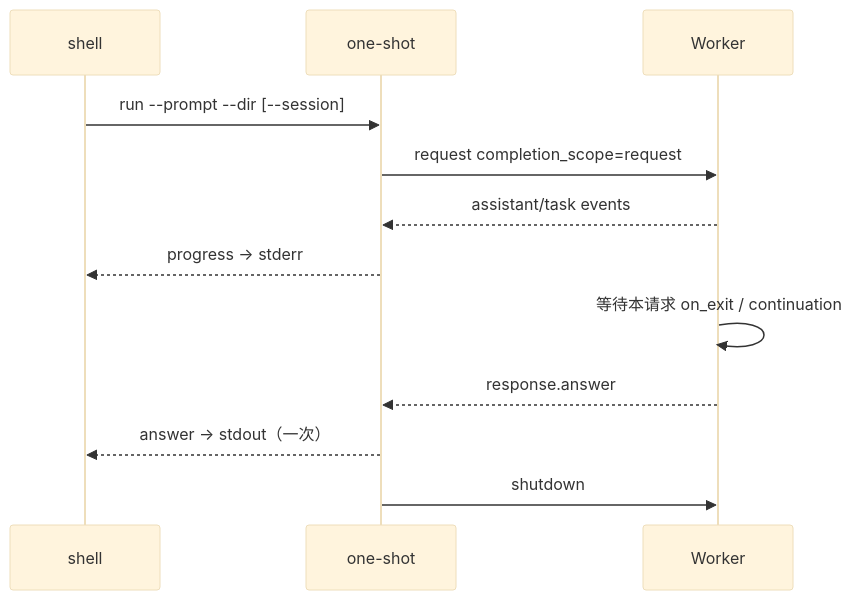
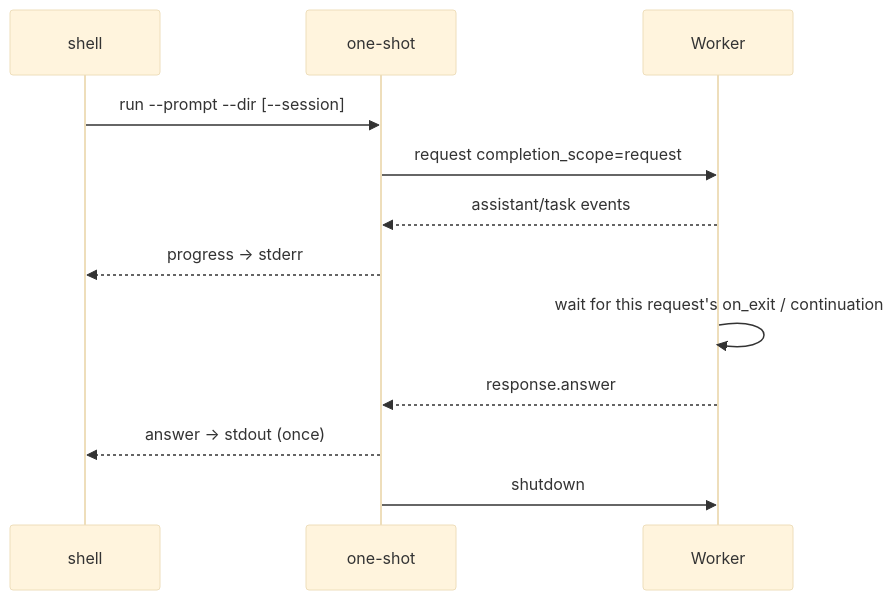
One commit to Azzurroooo/rind changed the diagram in docs/internals/07-surfaces/one-shot.md. Above: the diagram before and after it, drawn with Mermaid (base theme). The commit also changed other lines of this file and 109 other files, not shown here.

```diff
--- a/docs/internals/07-surfaces/one-shot.md
+++ b/docs/internals/07-surfaces/one-shot.md
@@ -5,14 +7,14 @@
 ~~~mermaid
 sequenceDiagram
     participant P as shell
     participant O as one-shot
     participant W as Worker
     P->>O: run --prompt --dir [--session]
     O->>W: request completion_scope=request
     W-->>O: assistant/task events
     O-->>P: progress -> stderr
-    W->>W: 等待本请求 on_exit / continuation
+    W->>W: wait for this request's on_exit / continuation
     W-->>O: response.answer
-    O-->>P: answer -> stdout（一次）
+    O-->>P: answer -> stdout (once)
     O->>W: shutdown
 ~~~
```
